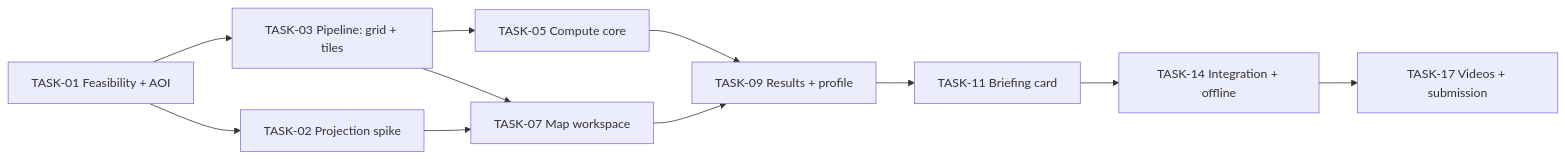
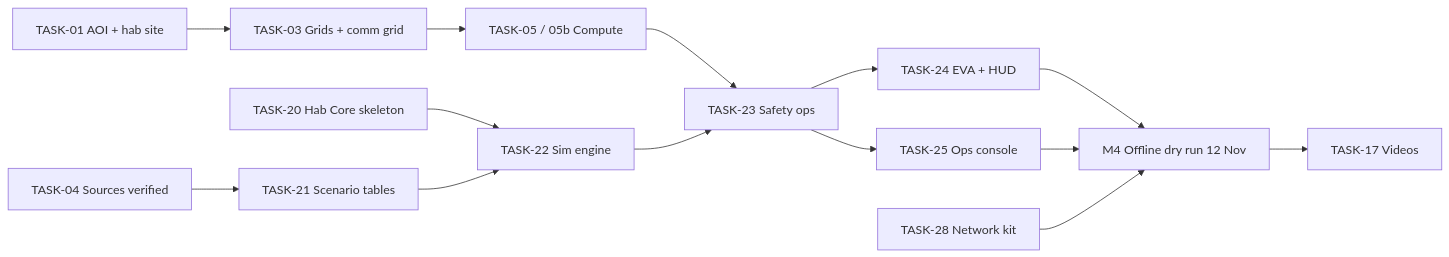
One commit to tashobi02/Gale-Surface-Ops changed the diagram in docs/specs/06_High_Level_Implementation_Plan.md. Above: the diagram before and after it, drawn with Mermaid. The commit also changed other lines of this file and 5 other files, not shown here.

First line of the commit message:
docs(specs): v2 surface-ops reframe — 01–06 rewritten (Hab Core, EVA/HUD/ops, replayed SEP, mission-brutalist design)

````diff
--- a/docs/specs/06_High_Level_Implementation_Plan.md
+++ b/docs/specs/06_High_Level_Implementation_Plan.md
@@ -78,13 +115,16 @@
 ```mermaid
 flowchart LR
-  T01["TASK-01 Feasibility + AOI"] --> T03["TASK-03 Pipeline: grid + tiles"]
-  T01 --> T02["TASK-02 Projection spike"]
-  T02 --> T07["TASK-07 Map workspace"]
-  T03 --> T05["TASK-05 Compute core"]
-  T03 --> T07
-  T05 --> T09["TASK-09 Results + profile"]
-  T07 --> T09
-  T09 --> T11["TASK-11 Briefing card"]
-  T11 --> T14["TASK-14 Integration + offline"]
-  T14 --> T17["TASK-17 Videos + submission"]
+  T01["TASK-01 AOI + hab site"] --> T03["TASK-03 Grids + comm grid"]
+  T03 --> T05["TASK-05 / 05b Compute"]
+  T04["TASK-04 Sources verified"] --> T21["TASK-21 Scenario tables"]
+  T20["TASK-20 Hab Core skeleton"] --> T22["TASK-22 Sim engine"]
+  T05 --> T23["TASK-23 Safety ops"]
+  T21 --> T22
+  T22 --> T23
+  T23 --> T24["TASK-24 EVA + HUD"]
+  T23 --> T25["TASK-25 Ops console"]
+  T24 --> M4["M4 Offline dry run 12 Nov"]
+  T25 --> M4
+  T28["TASK-28 Network kit"] --> M4
+  M4 --> T17["TASK-17 Videos"]
 ```
````
